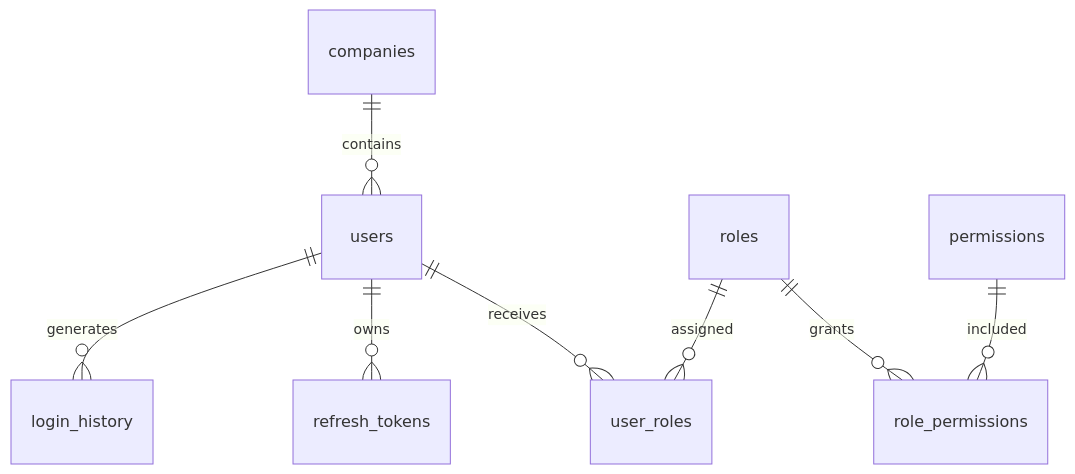
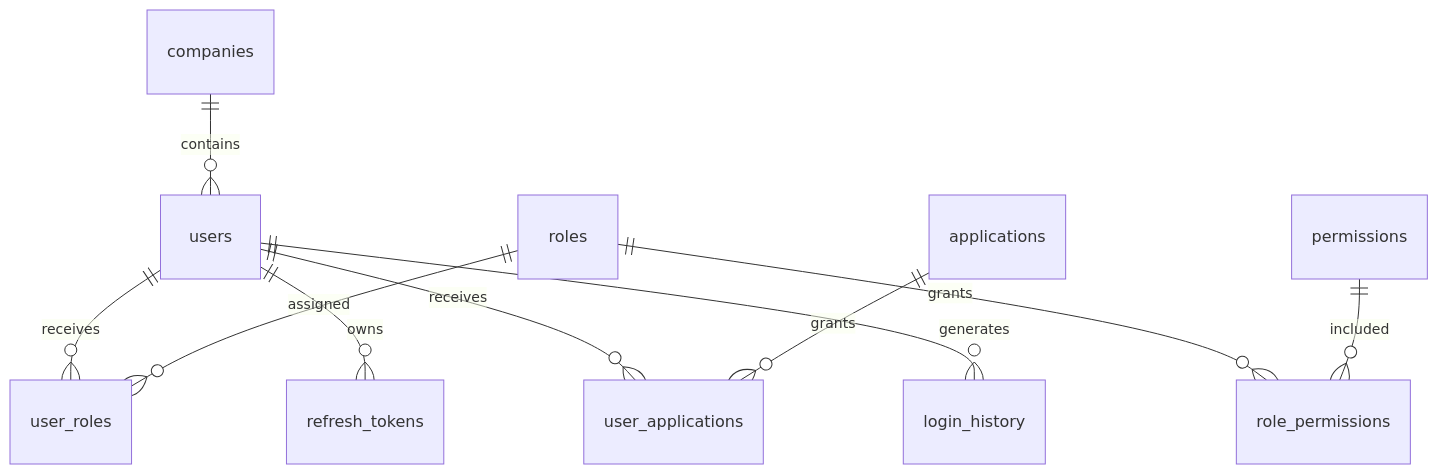
The third of 10 diagrams in docs/architecture/DATABASE.md (BogiOkta/internal-apps), drawn with Mermaid before and after one commit. The commit also changed other lines of this file and 11 other files, not shown here.

````diff
--- a/docs/architecture/DATABASE.md
+++ b/docs/architecture/DATABASE.md
@@ -190,10 +190,12 @@
 ```mermaid
 erDiagram
     companies ||--o{ users : contains
     users ||--o{ user_roles : receives
     roles ||--o{ user_roles : assigned
     roles ||--o{ role_permissions : grants
     permissions ||--o{ role_permissions : included
     users ||--o{ refresh_tokens : owns
+    users ||--o{ user_applications : receives
+    applications ||--o{ user_applications : grants
     users ||--o{ login_history : generates
 ```
````
